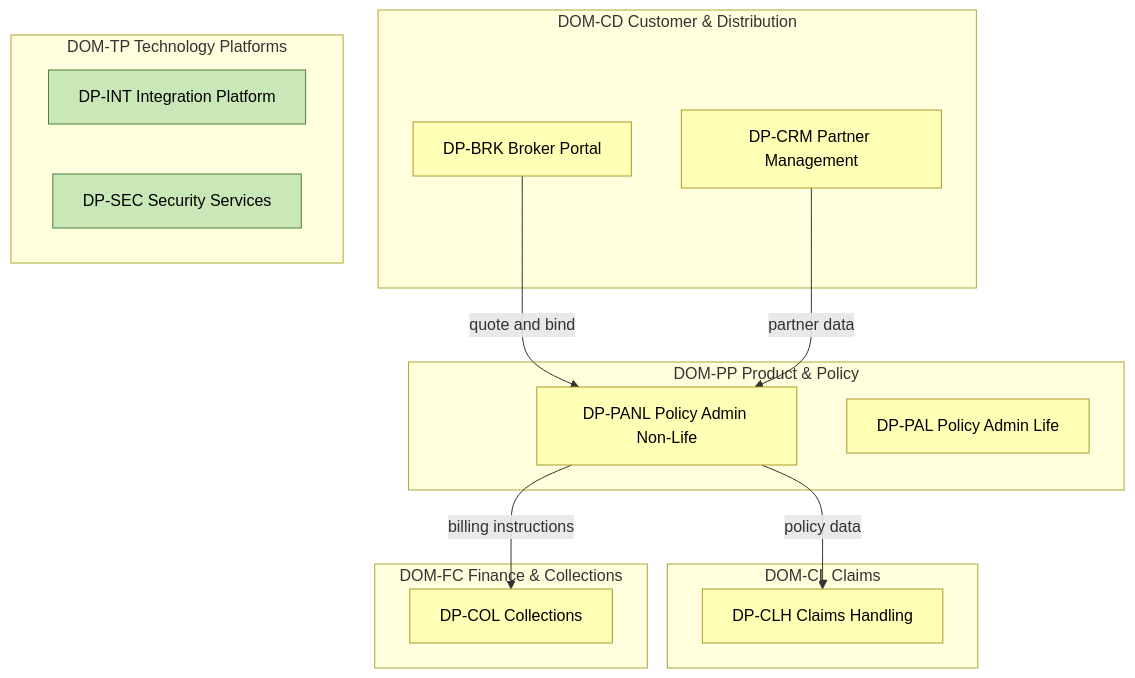
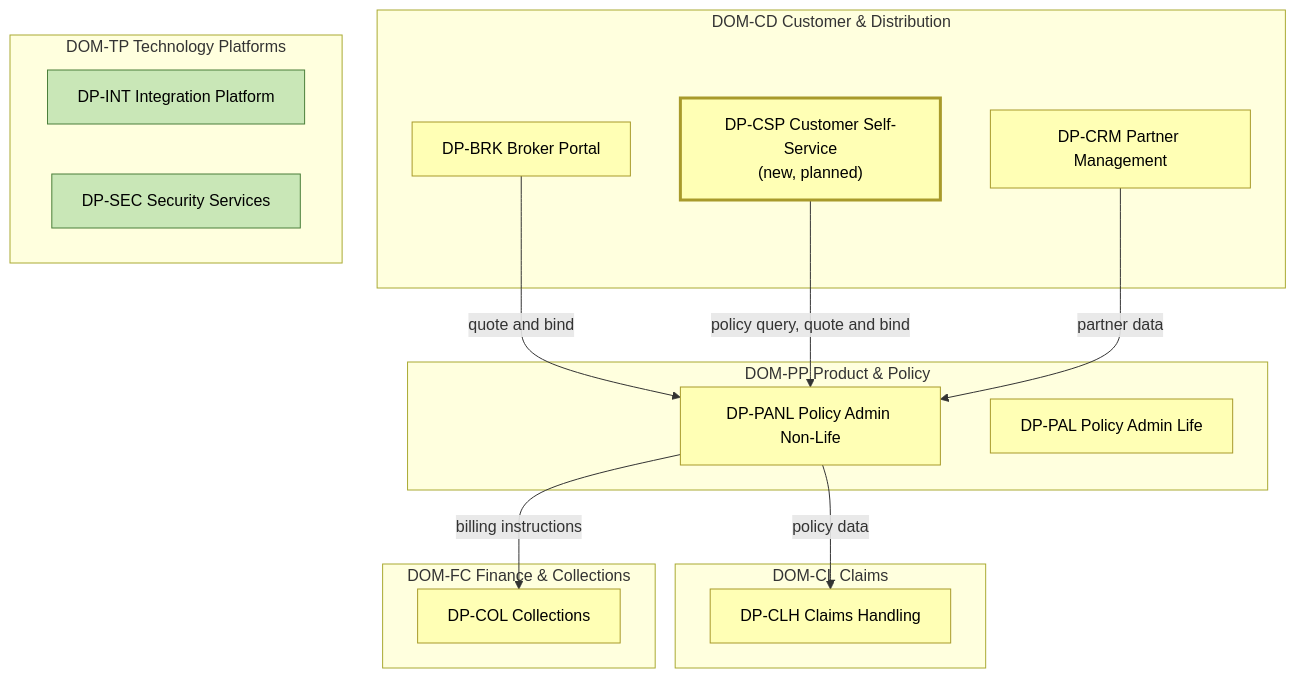
One commit to ArthurNeudeck/neudeck.gihub.io changed the third of 4 diagrams in docs/architecture/blueprints/example/01-enterprise-blueprint-aurora.md. Above: the diagram before and after it, drawn with Mermaid. The commit also changed other lines of this file and 23 other files, not shown here.

````diff
--- a/docs/architecture/blueprints/example/01-enterprise-blueprint-aurora.md
+++ b/docs/architecture/blueprints/example/01-enterprise-blueprint-aurora.md
@@ -145,35 +152,38 @@
 ```mermaid
 flowchart TB
   subgraph CD["DOM-CD Customer & Distribution"]
     BRK["DP-BRK Broker Portal"]:::biz
     CRM["DP-CRM Partner Management"]:::biz
+    CSP["DP-CSP Customer Self-Service<br/>(new, planned)"]:::newbiz
   end
   subgraph PP["DOM-PP Product & Policy"]
     PANL["DP-PANL Policy Admin Non-Life"]:::biz
     PAL["DP-PAL Policy Admin Life"]:::biz
   end
   subgraph CL["DOM-CL Claims"]
     CLH["DP-CLH Claims Handling"]:::biz
   end
   subgraph FC["DOM-FC Finance & Collections"]
     COL["DP-COL Collections"]:::biz
   end
   subgraph TP["DOM-TP Technology Platforms"]
     INT["DP-INT Integration Platform"]:::tech
     SEC["DP-SEC Security Services"]:::tech
   end
   BRK -->|"quote and bind"| PANL
+  CSP -->|"policy query, quote and bind"| PANL
   CRM -->|"partner data"| PANL
   PANL -->|"policy data"| CLH
   PANL -->|"billing instructions"| COL
   classDef app fill:#b5ffff,stroke:#2a7f8f,color:#000
   classDef biz fill:#ffffb5,stroke:#a89a2b,color:#000
   classDef tech fill:#c9e7b7,stroke:#4b7f3a,color:#000
   classDef ext fill:#eeeeee,stroke:#888,color:#000
   classDef red fill:#f5a3a3,stroke:#b03030,color:#000
   classDef amber fill:#ffd591,stroke:#c98a00,color:#000
   classDef green fill:#b7e4b0,stroke:#3c8a32,color:#000
   classDef temp fill:#ffffff,stroke:#888,stroke-dasharray:5 5,color:#000
   classDef legacy fill:#dddddd,stroke:#777,color:#444
+  classDef newbiz fill:#ffffb5,stroke:#a89a2b,stroke-width:3px,color:#000
   classDef new fill:#b5ffff,stroke:#1d6fa5,stroke-width:3px,color:#000
 ```
````
